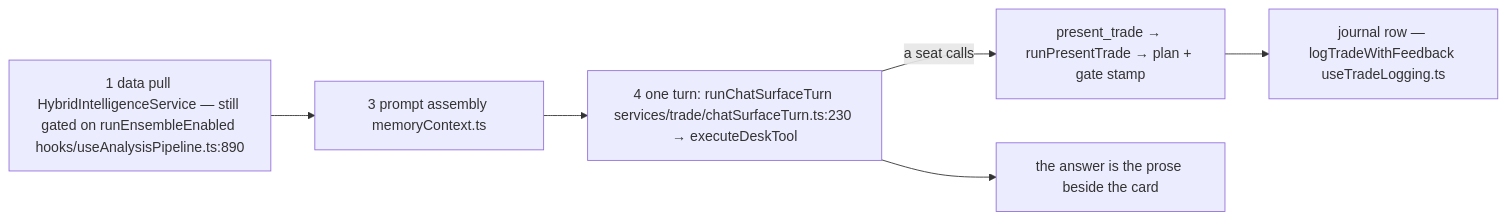
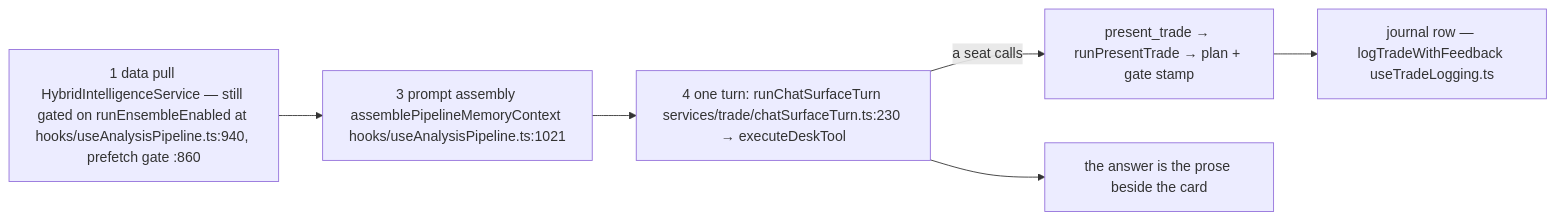
One commit to Acepay25/august-3.5 changed the third of 7 diagrams in docs/app-flow.md. Above: the diagram before and after it, drawn with Mermaid. The commit also changed other lines of this file and 2 other files, not shown here.

First line of the commit message:
docs(flow): section C's residue citations were wrong by one, or wrong outright

````diff
--- a/docs/app-flow.md
+++ b/docs/app-flow.md
@@ -173,8 +173,8 @@
 ```mermaid
 flowchart LR
-    S1["1 data pull HybridIntelligenceService — still gated on runEnsembleEnabled hooks/useAnalysisPipeline.ts:890"] --> S3["3 prompt assembly memoryContext.ts"]
+    S1["1 data pull HybridIntelligenceService — still gated on runEnsembleEnabled at hooks/useAnalysisPipeline.ts:940, prefetch gate :860"] --> S3["3 prompt assembly assemblePipelineMemoryContext hooks/useAnalysisPipeline.ts:1021"]
     S3 --> S4["4 one turn: runChatSurfaceTurn services/trade/chatSurfaceTurn.ts:230 → executeDeskTool"]
     S4 -->|a seat calls| PT["present_trade → runPresentTrade → plan + gate stamp"]
     PT --> JR["journal row — logTradeWithFeedback useTradeLogging.ts"]
     S4 --> ANS["the answer is the prose beside the card"]
 ```
````
